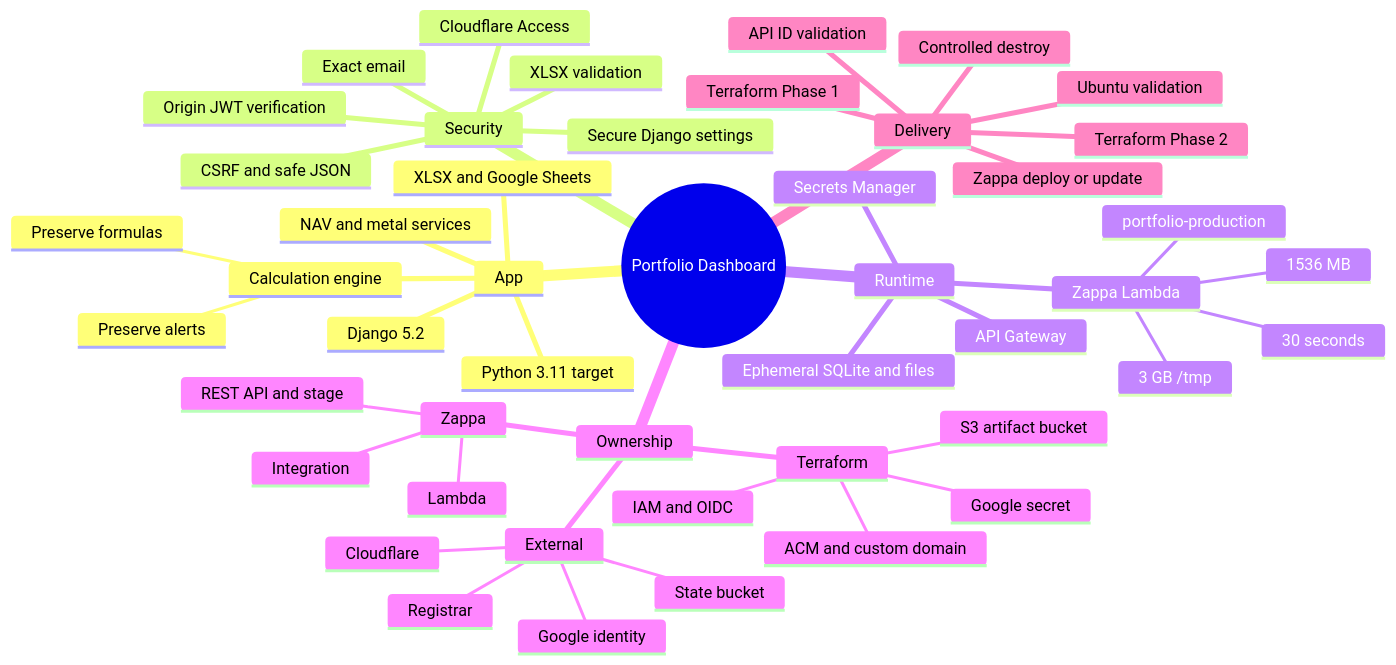
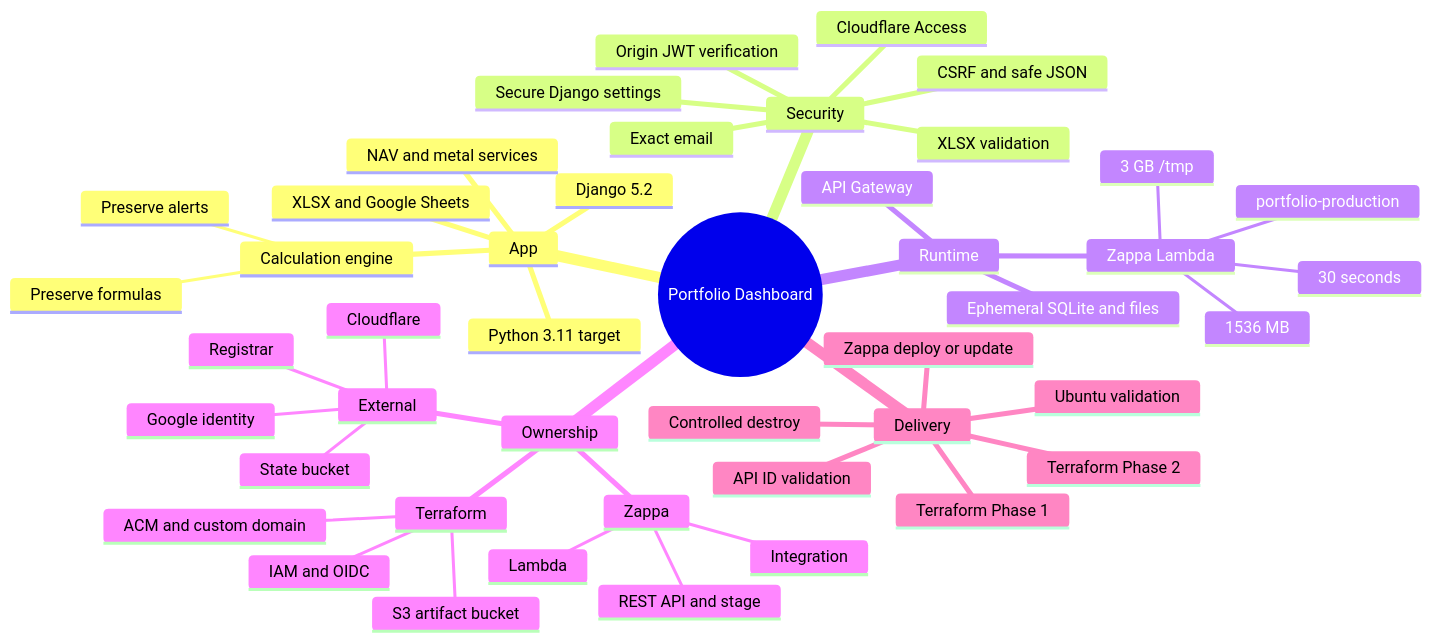
One commit to praveenkumarv-github/portfolio changed the diagram in AI_CONTEXT.md. Above: the diagram before and after it, drawn with Mermaid. The commit also changed other lines of this file and 12 other files, not shown here.

Commit message:
Refactor Google service account handling: remove Secrets Manager integration and update documentation

````diff
--- a/AI_CONTEXT.md
+++ b/AI_CONTEXT.md
@@ -120,50 +117,48 @@
 ```mermaid
 mindmap
   root((Portfolio Dashboard))
     App
       Django 5.2
       Python 3.11 target
       XLSX and Google Sheets
       NAV and metal services
       Calculation engine
         Preserve formulas
         Preserve alerts
     Security
       Cloudflare Access
       Origin JWT verification
       Exact email
       Secure Django settings
       XLSX validation
       CSRF and safe JSON
     Runtime
       API Gateway
       Zappa Lambda
         portfolio-production
         1536 MB
         30 seconds
         3 GB /tmp
-      Secrets Manager
       Ephemeral SQLite and files
     Ownership
       Terraform
         ACM and custom domain
         IAM and OIDC
         S3 artifact bucket
-        Google secret
       Zappa
         Lambda
         REST API and stage
         Integration
       External
         State bucket
         Cloudflare
         Registrar
         Google identity
     Delivery
       Ubuntu validation
       Terraform Phase 1
       Zappa deploy or update
       API ID validation
       Terraform Phase 2
       Controlled destroy
 ```
````
